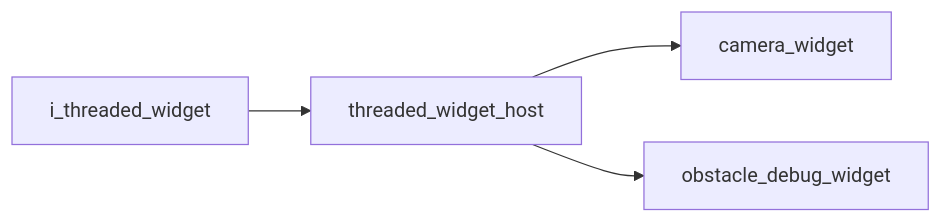
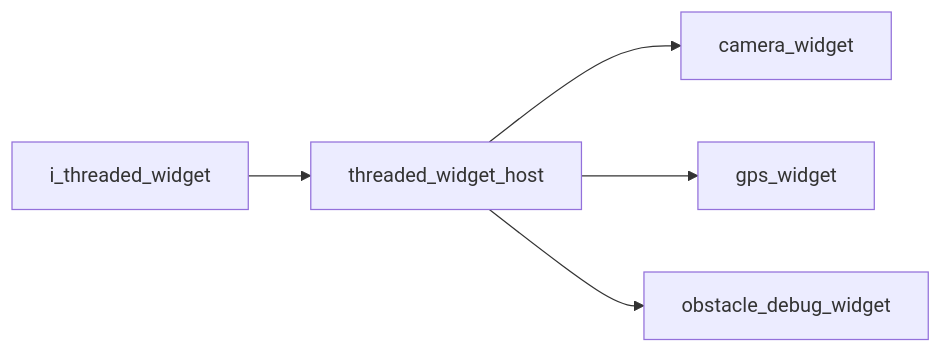
One commit to kasper-szczerba/acs_wiki changed the second of 2 diagrams in docs/codebase/namespaces/gui/interfaces/i_threaded_widget.md. Above: the diagram before and after it, drawn with Mermaid. The commit also changed other lines of this file and 34 other files, not shown here.

````diff
--- a/docs/codebase/namespaces/gui/interfaces/i_threaded_widget.md
+++ b/docs/codebase/namespaces/gui/interfaces/i_threaded_widget.md
@@ -24,7 +24,8 @@
 ```mermaid
 graph LR
     i_threaded_widget["i_threaded_widget"]
     i_threaded_widget["i_threaded_widget"] --> threaded_widget_host["threaded_widget_host"]
     threaded_widget_host["threaded_widget_host"] --> camera_widget["camera_widget"]
+    threaded_widget_host["threaded_widget_host"] --> gps_widget["gps_widget"]
     threaded_widget_host["threaded_widget_host"] --> obstacle_debug_widget["obstacle_debug_widget"]
 ```
````
